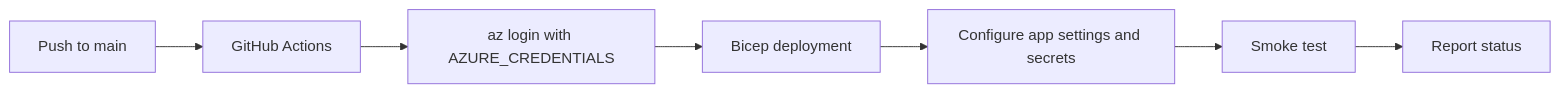
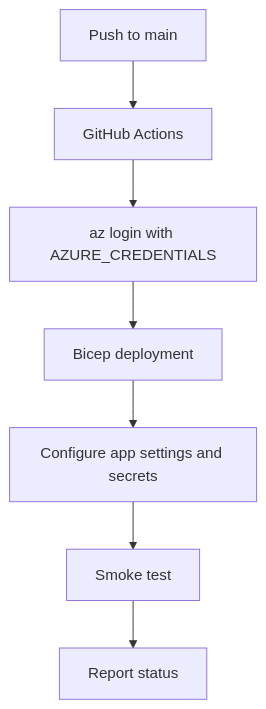
The diagram in docs/operations/deployment/github-actions.md (yeongseon/azure-communication-services-practical-guide), drawn with Mermaid before and after one commit. The commit also changed 14 other files, not shown here.

First line of the commit message:
docs: convert LR diagrams to TD for readability and add orientation rule

````diff
--- a/docs/operations/deployment/github-actions.md
+++ b/docs/operations/deployment/github-actions.md
@@ -15,9 +15,9 @@
 ```mermaid
-flowchart LR
+flowchart TD
   A[Push to main] --> B[GitHub Actions]
   B --> C[az login with AZURE_CREDENTIALS]
   C --> D[Bicep deployment]
   D --> E[Configure app settings and secrets]
   E --> F[Smoke test]
   F --> G[Report status]
 ```
````
